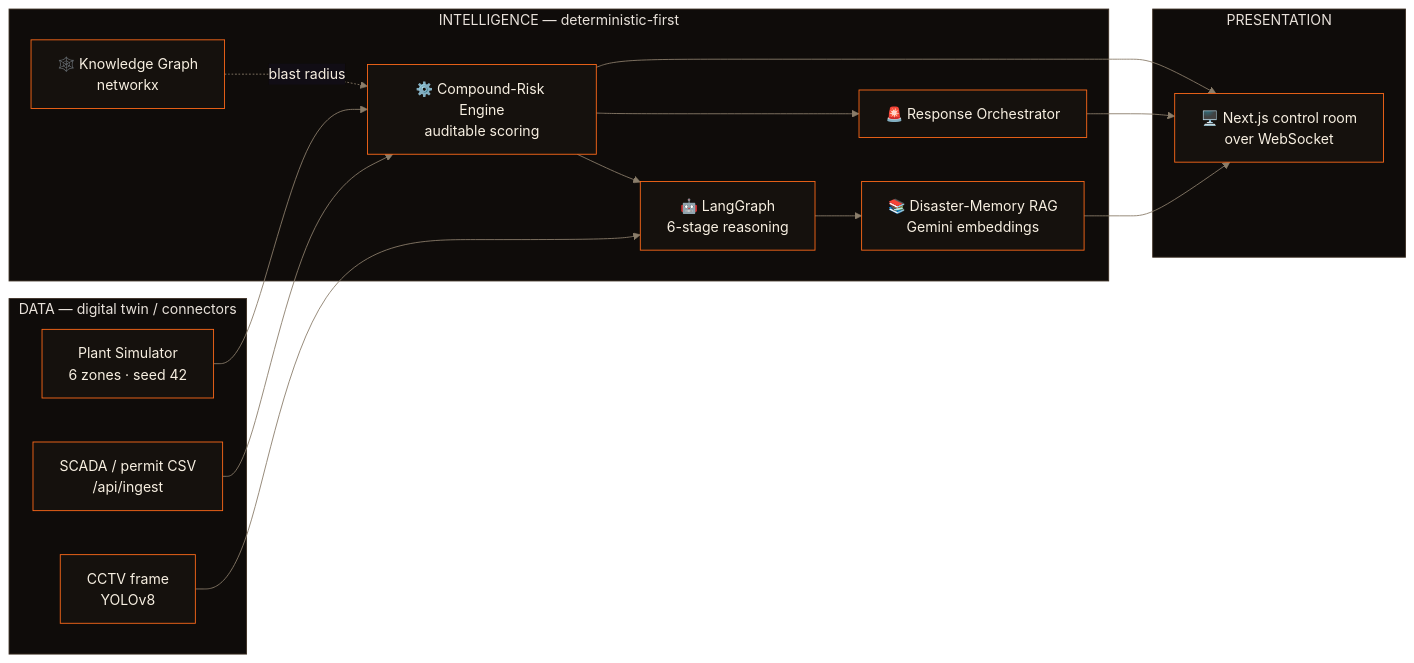
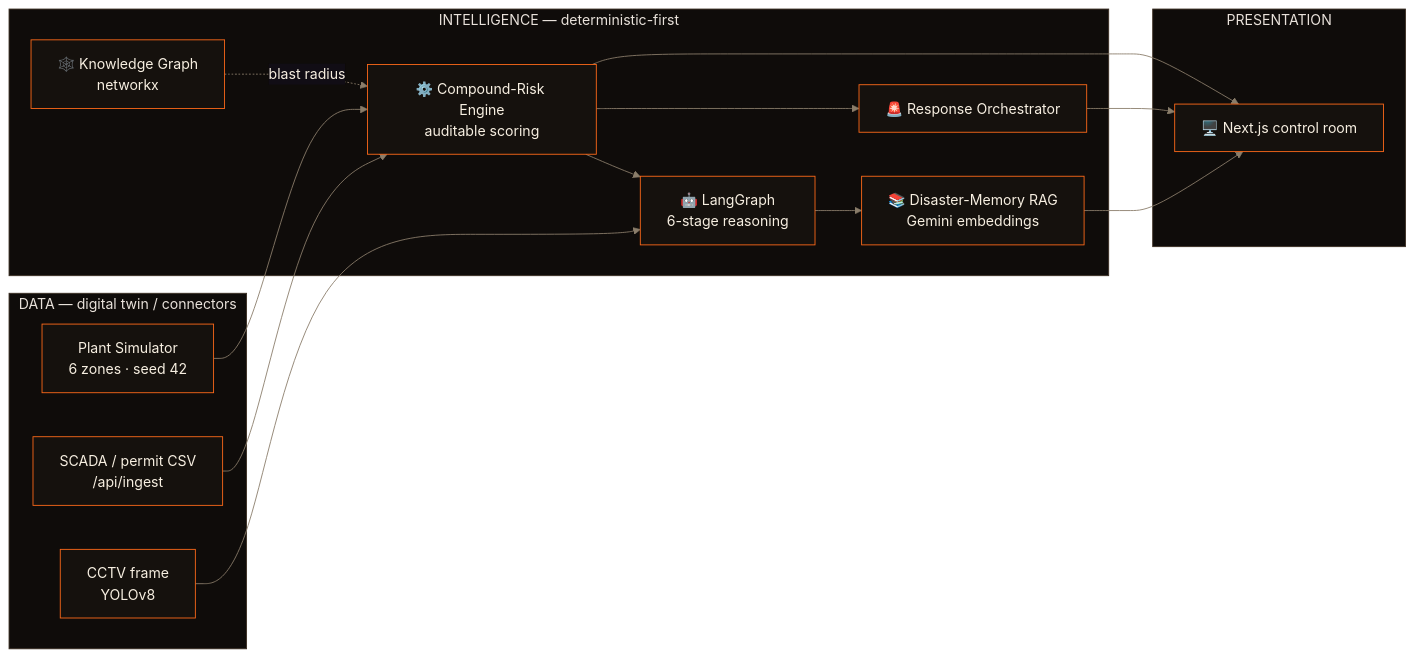
Before and after one commit to SaudSatopay/trinetra: the second of 5 diagrams in README.md, drawn with Mermaid. The commit also changed other lines of this file and 5 other files, not shown here.

````diff
--- a/README.md
+++ b/README.md
@@ -94,28 +94,28 @@
 ```mermaid
 %%{init: {'theme':'base','themeVariables':{'primaryColor':'#15110d','primaryTextColor':'#f7efe1','primaryBorderColor':'#ff6a1a','lineColor':'#8a7d6a','clusterBkg':'#0f0c0a','clusterBorder':'#3b2e22','fontFamily':'ui-monospace, monospace'}}}%%
 flowchart LR
   subgraph DATA["DATA — digital twin / connectors"]
     SIM["Plant Simulator<br/>6 zones · seed 42"]
     CSV["SCADA / permit CSV<br/>/api/ingest"]
     CAM["CCTV frame<br/>YOLOv8"]
   end
   subgraph INTEL["INTELLIGENCE — deterministic-first"]
     ENG["⚙️ Compound-Risk Engine<br/>auditable scoring"]
     KG["🕸️ Knowledge Graph<br/>networkx"]
     AG["🤖 LangGraph<br/>6-stage reasoning"]
     RAG["📚 Disaster-Memory RAG<br/>Gemini embeddings"]
     RESP["🚨 Response Orchestrator"]
   end
   subgraph PRES["PRESENTATION"]
-    HMI["🖥️ Next.js control room<br/>over WebSocket"]
+    HMI["🖥️ Next.js control room"]
   end
   SIM --> ENG
   CSV --> ENG
   CAM --> AG
   KG -.blast radius.-> ENG
   ENG --> AG --> RAG
   ENG --> RESP
   ENG --> HMI
   RAG --> HMI
   RESP --> HMI
 ```
````
